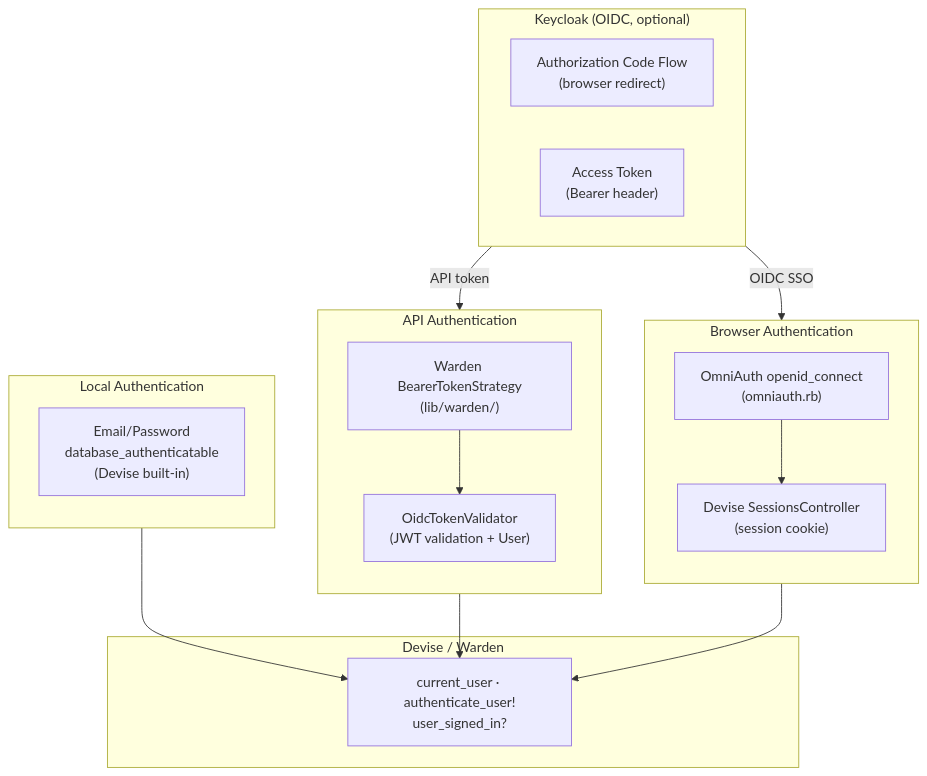
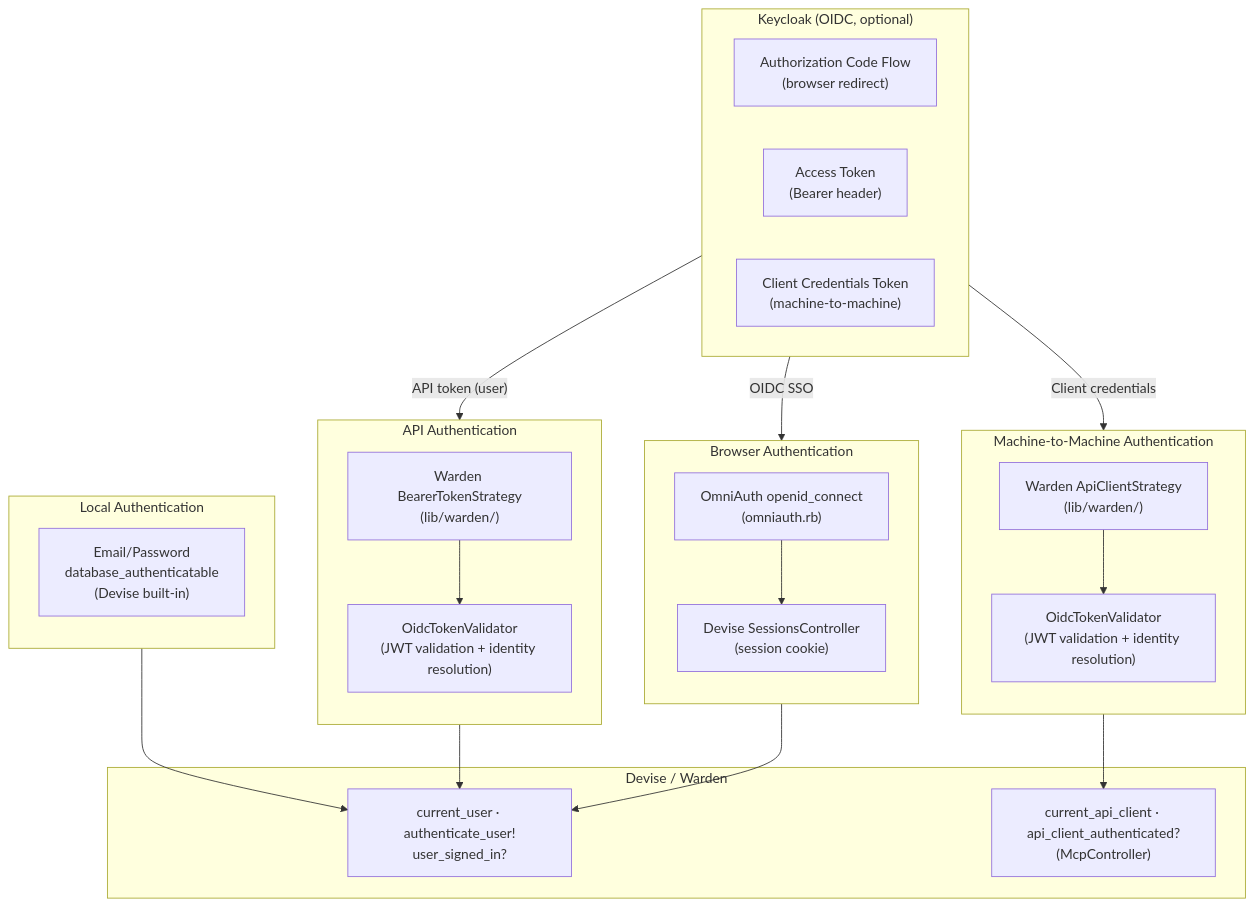
Before and after one commit to bibendi/starmap: the diagram in docs/auth.md, drawn with Mermaid. The commit also changed other lines of this file and 26 other files, not shown here.

First line of the commit message:
feat(mcp): add ApiClient machine identity for MCP access

````diff
--- a/docs/auth.md
+++ b/docs/auth.md
@@ -13,37 +14,48 @@
 ```mermaid
 flowchart TB
     subgraph KC["Keycloak (OIDC, optional)"]
         direction LR
         AC["Authorization Code Flow <br/> (browser redirect)"]
         AT["Access Token<br/>(Bearer header)"]
+        CT["Client Credentials Token<br/>(machine-to-machine)"]
     end
 
     subgraph Browser["Browser Authentication"]
         direction TB
         Omni["OmniAuth openid_connect<br/>(omniauth.rb)"]
         Session["Devise SessionsController<br/>(session cookie)"]
         Omni --> Session
     end
 
     subgraph API["API Authentication"]
         direction TB
         Bearer["Warden BearerTokenStrategy<br/>(lib/warden/)"]
-        Validator["OidcTokenValidator<br/>(JWT validation + User)"]
+        Validator["OidcTokenValidator<br/>(JWT validation + identity resolution)"]
         Bearer --> Validator
+    end
+
+    subgraph M2M["Machine-to-Machine Authentication"]
+        direction TB
+        ApiClientStrategy["Warden ApiClientStrategy<br/>(lib/warden/)"]
+        Validator2["OidcTokenValidator<br/>(JWT validation + identity resolution)"]
+        ApiClientStrategy --> Validator2
     end
 
     subgraph Local["Local Authentication"]
         direction TB
         DBAuth["Email/Password<br/>database_authenticatable<br/>(Devise built-in)"]
     end
 
     subgraph Result["Devise / Warden"]
         Helpers["current_user · authenticate_user!<br/>user_signed_in?"]
+        ApiHelpers["current_api_client · api_client_authenticated?<br/>(McpController)"]
     end
 
     KC -->|"OIDC SSO"| Omni
-    KC -->|"API token"| Bearer
+    KC -->|"API token (user)"| Bearer
+    KC -->|"Client credentials"| ApiClientStrategy
     Session --> Helpers
     Validator --> Helpers
+    Validator2 --> ApiHelpers
     DBAuth --> Helpers
 ```
````
